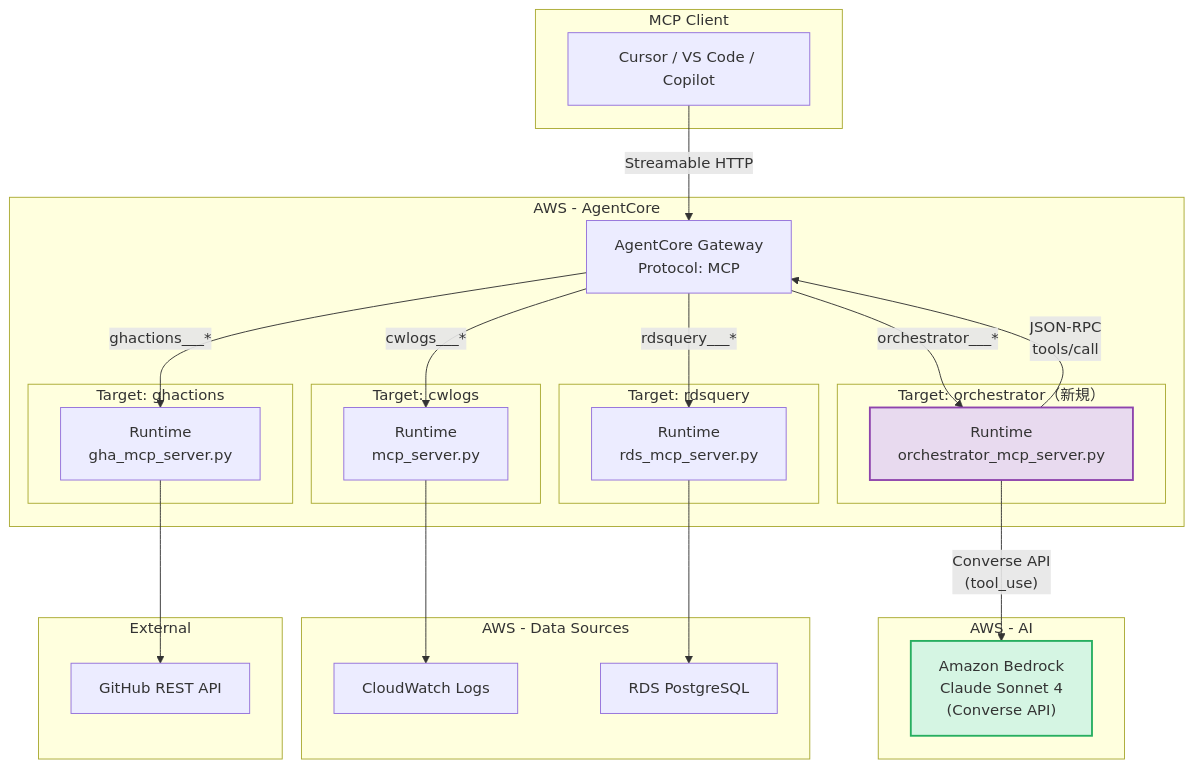
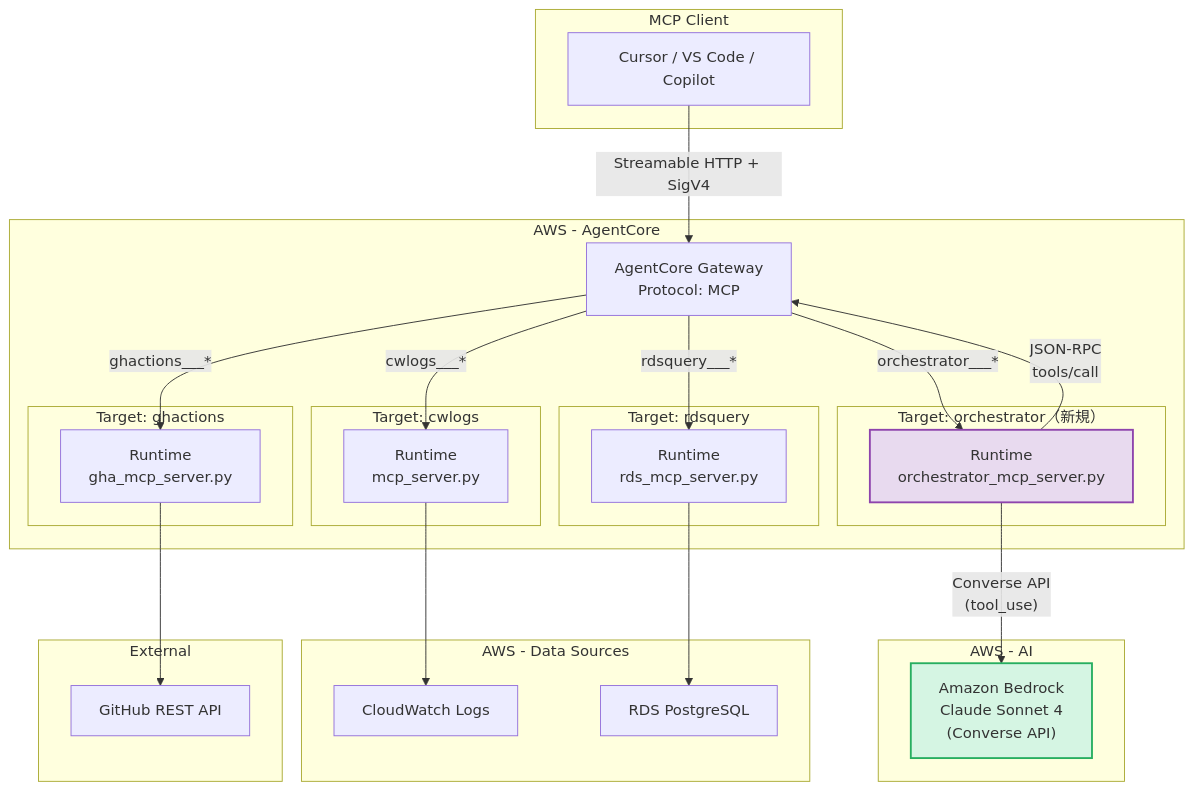
Before and after one commit to matthewTechCom/devops_agent: the fourth of 14 diagrams in docs/orchestrator-mcp-server-design.md, drawn with Mermaid. The commit also changed other lines of this file and 13 other files, not shown here.

````diff
--- a/docs/orchestrator-mcp-server-design.md
+++ b/docs/orchestrator-mcp-server-design.md
@@ -107,55 +107,55 @@
 ```mermaid
 graph TB
     subgraph "MCP Client"
         IDE["Cursor / VS Code / Copilot"]
     end
 
     subgraph "AWS - AgentCore"
         GW["AgentCore Gateway<br/>Protocol: MCP"]
 
         subgraph "Target: cwlogs"
             RT1["Runtime<br/>mcp_server.py"]
         end
 
         subgraph "Target: rdsquery"
             RT2["Runtime<br/>rds_mcp_server.py"]
         end
 
         subgraph "Target: ghactions"
             RT3["Runtime<br/>gha_mcp_server.py"]
         end
 
         subgraph "Target: orchestrator（新規）"
             RT4["Runtime<br/>orchestrator_mcp_server.py"]
         end
     end
 
     subgraph "AWS - AI"
         Bedrock["Amazon Bedrock<br/>Claude Sonnet 4<br/>(Converse API)"]
     end
 
     subgraph "AWS - Data Sources"
         CW["CloudWatch Logs"]
         RDS["RDS PostgreSQL"]
     end
 
     subgraph "External"
         GH["GitHub REST API"]
     end
 
-    IDE -->|Streamable HTTP| GW
+    IDE -->|Streamable HTTP + SigV4| GW
     GW -->|cwlogs___*| RT1
     GW -->|rdsquery___*| RT2
     GW -->|ghactions___*| RT3
     GW -->|orchestrator___*| RT4
 
     RT4 -->|"Converse API<br/>(tool_use)"| Bedrock
     RT4 -->|"JSON-RPC<br/>tools/call"| GW
 
     RT1 --> CW
     RT2 --> RDS
     RT3 --> GH
 
     style RT4 fill:#e8daef,stroke:#8e44ad,stroke-width:2px
     style Bedrock fill:#d5f5e3,stroke:#27ae60,stroke-width:2px
 ```
````
